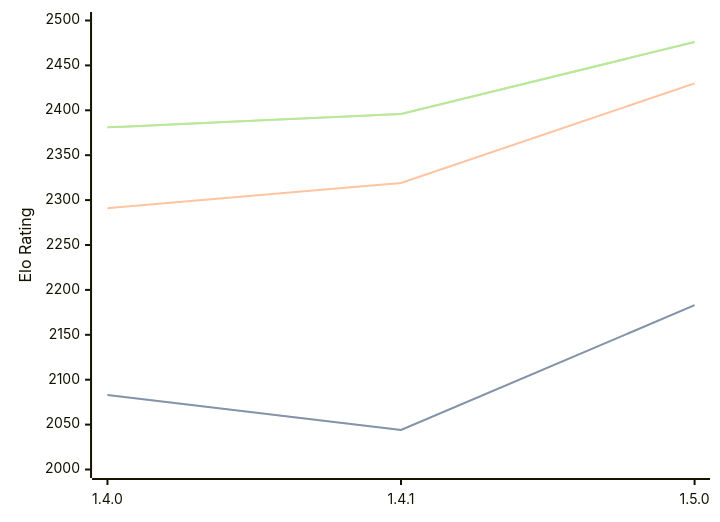
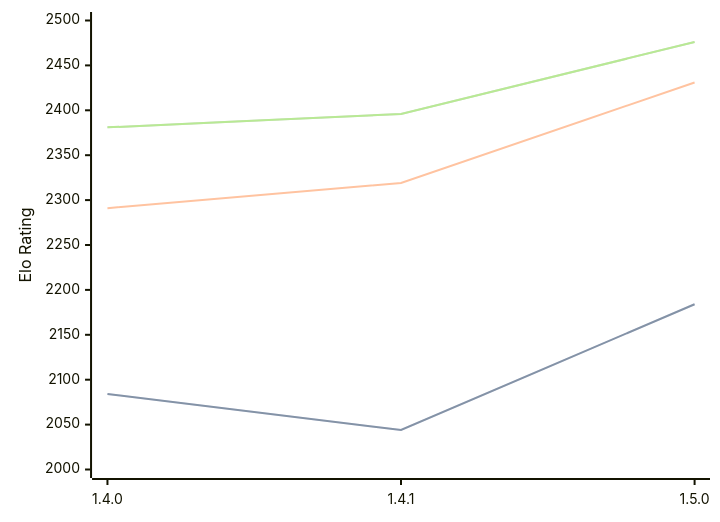
The diagram in engines/Tofiks.md (computer-chess-index/cci), drawn with Mermaid before and after one commit. The commit also changed other lines of this file, not shown here.

````diff
--- a/engines/Tofiks.md
+++ b/engines/Tofiks.md
@@ -33,11 +33,11 @@
 ```mermaid
 %%{init: {"theme":"base","themeVariables":{"seriesColors:['#a3a3a3','#222221','#faa371']}}}%%
 xychart-beta
   x-axis ["1.4.0", "1.4.1", "1.5.0"]
   y-axis "Elo Rating" 2000 --> 2500
-  line "" [2083, 2044, 2183]
-  line "STC (8.0+0.08s)" [2083, 2044, 2183]
-  line "LTC (60.0+0.60s)" [2291, 2319, 2430]
+  line "" [2084, 2044, 2184]
+  line "STC (8.0+0.08s)" [2084, 2044, 2184]
+  line "LTC (60.0+0.60s)" [2291, 2319, 2431]
   line "" [2381, 2396, 2476]
   line "VLTC (2m24s+1.12s)" [2381, 2396, 2476]
 ```
````
